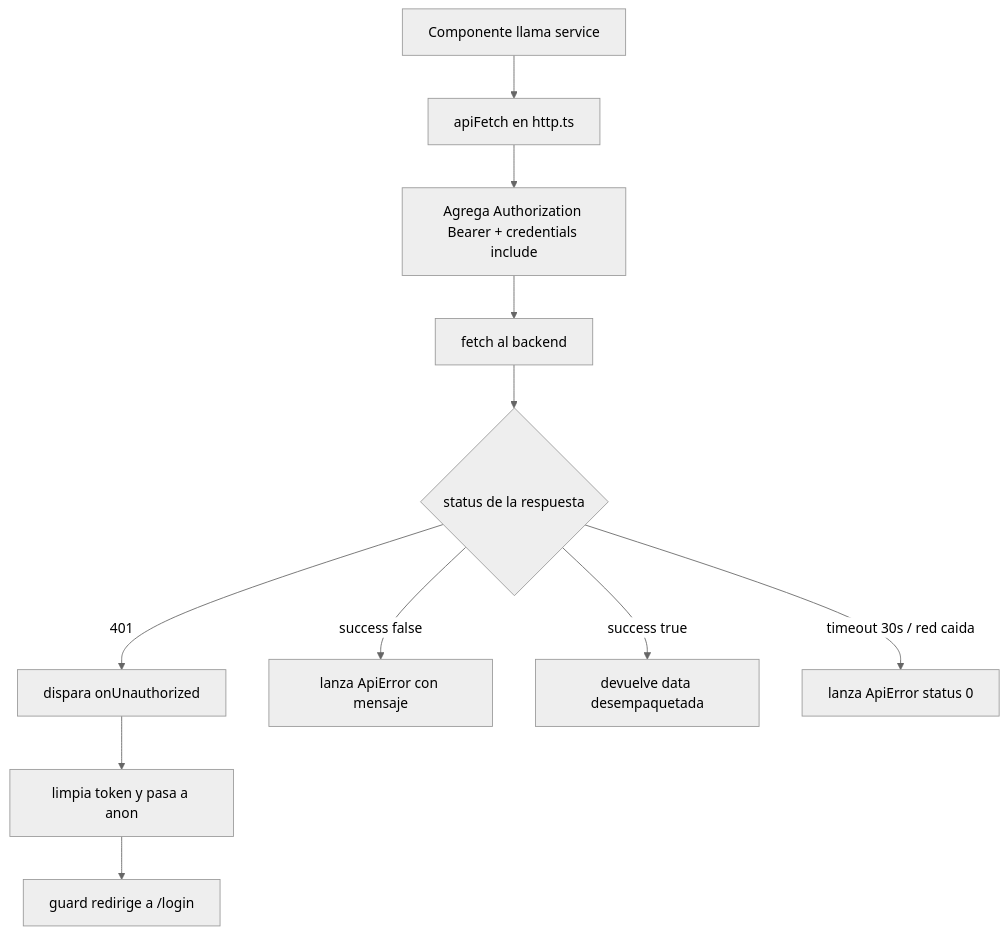
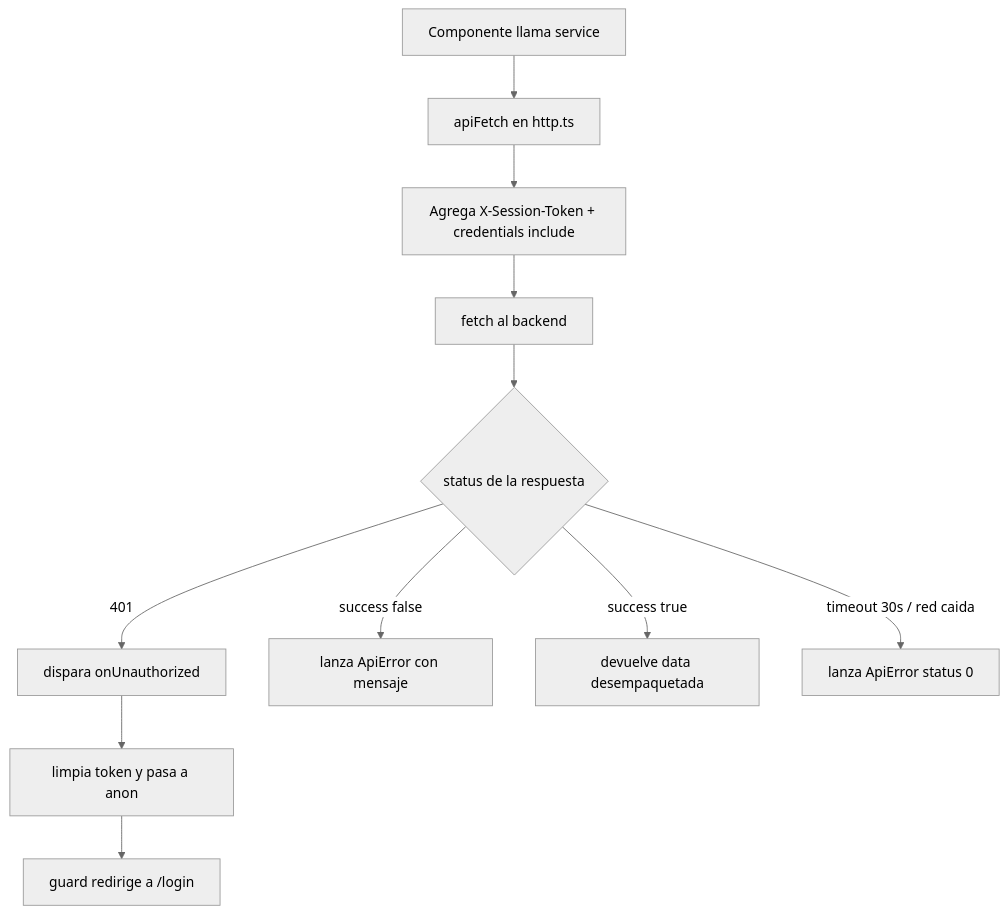
Before and after one commit to Carlosmps97/web-data-model-hub: the third of 5 diagrams in doc/seguridad.md, drawn with Mermaid (neutral theme). The commit also changed other lines of this file and 8 other files, not shown here.

````diff
--- a/doc/seguridad.md
+++ b/doc/seguridad.md
@@ -144,13 +185,13 @@
 ```mermaid
 flowchart TD
     A[Componente llama service] --> B[apiFetch en http.ts]
-    B --> C[Agrega Authorization Bearer + credentials include]
+    B --> C[Agrega X-Session-Token + credentials include]
     C --> D[fetch al backend]
     D --> E{status de la respuesta}
     E -->|401| F[dispara onUnauthorized]
     F --> G[limpia token y pasa a anon]
     G --> H[guard redirige a /login]
     E -->|success false| I[lanza ApiError con mensaje]
     E -->|success true| J[devuelve data desempaquetada]
     E -->|timeout 30s / red caida| K[lanza ApiError status 0]
 ```
````
